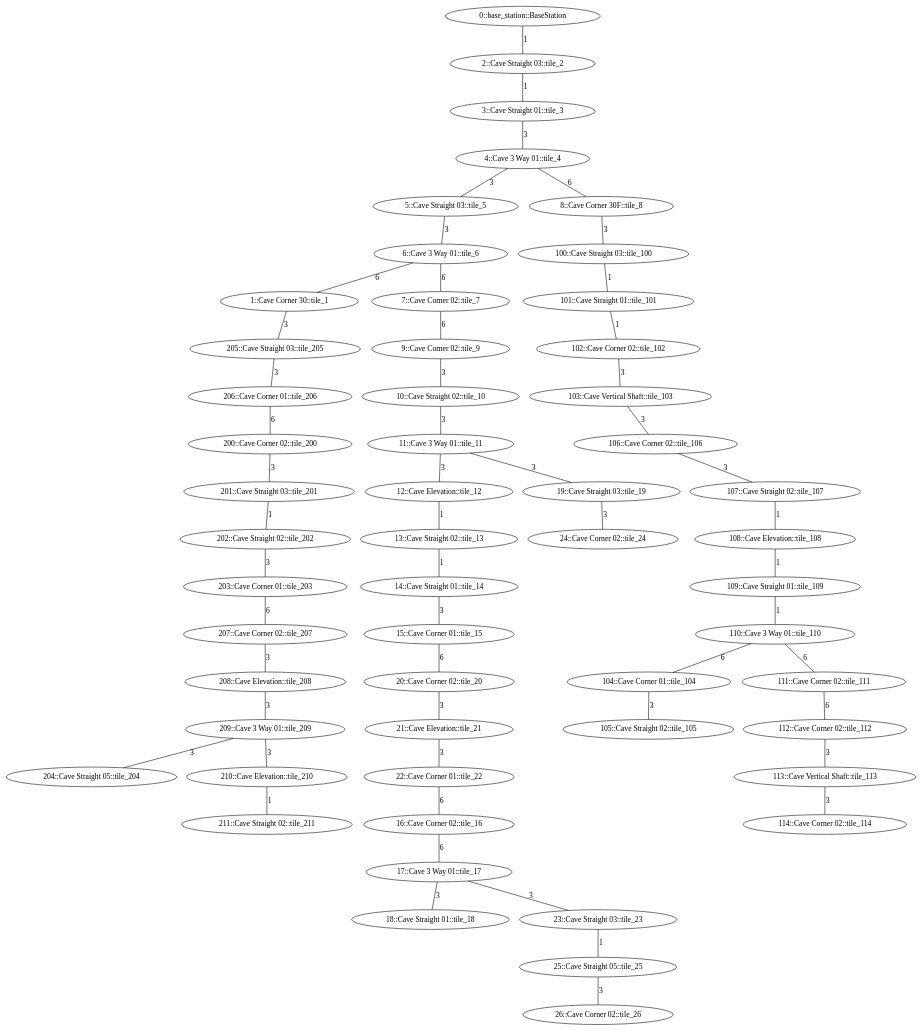
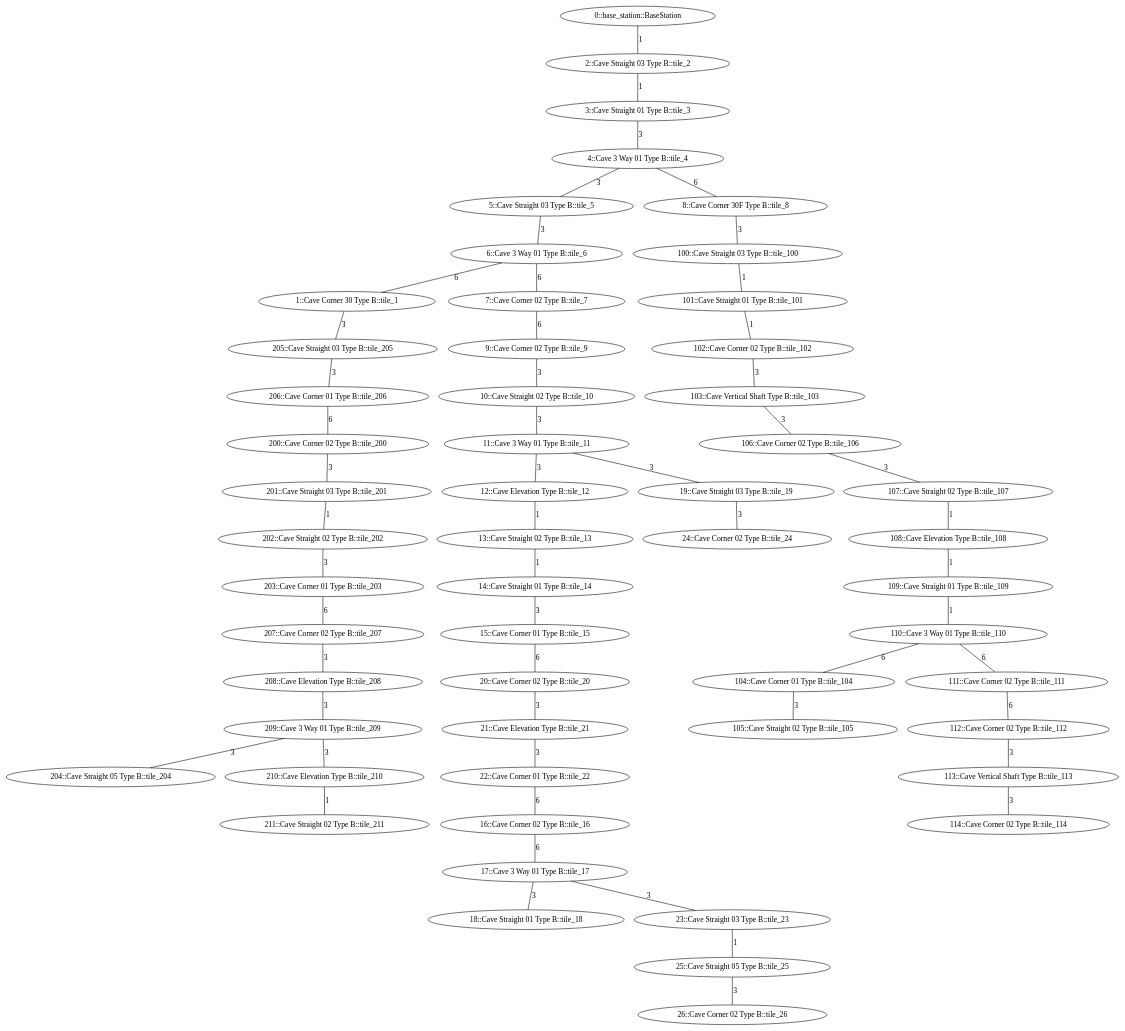
One commit to osrf/subt changed the diagram in subt_ign/worlds/simple_cave_03.dot. Above: the diagram before and after it, drawn with Graphviz. The commit also changed 17 other files, not shown here.

```diff
--- a/subt_ign/worlds/simple_cave_03.dot
+++ b/subt_ign/worlds/simple_cave_03.dot
@@ -1,127 +1,127 @@
 /* Visibility graph for simple_cave_03 */
 /* Generated with the generator.py script: */
 /*   __main__.py simple_cave_03.tsv -\-graph-file simple_cave_03.dot -\-world-file simple_cave_03.sdf -\-world-name simple_cave_03 -\-scale_x 25 -\-scale_y 25 -\-cave -\-y0 25 -\-x0 0 -\-z0 0 -\-level_type row_col -\-levels_buf 5 */
 
 graph {
   /* ==== Vertices ==== */
 
   /* Base station / Staging area */
   0   [label="0::base_station::BaseStation"];
 
-  1   [label="1::Cave Corner 30::tile_1"];
-  2   [label="2::Cave Straight 03::tile_2"];
-  3   [label="3::Cave Straight 01::tile_3"];
-  4   [label="4::Cave 3 Way 01::tile_4"];
-  5   [label="5::Cave Straight 03::tile_5"];
-  6   [label="6::Cave 3 Way 01::tile_6"];
-  7   [label="7::Cave Corner 02::tile_7"];
-  8   [label="8::Cave Corner 30F::tile_8"];
-  9   [label="9::Cave Corner 02::tile_9"];
-  10  [label="10::Cave Straight 02::tile_10"];
-  11  [label="11::Cave 3 Way 01::tile_11"];
-  12  [label="12::Cave Elevation::tile_12"];
-  13  [label="13::Cave Straight 02::tile_13"];
-  14  [label="14::Cave Straight 01::tile_14"];
-  15  [label="15::Cave Corner 01::tile_15"];
-  16  [label="16::Cave Corner 02::tile_16"];
-  17  [label="17::Cave 3 Way 01::tile_17"];
-  18  [label="18::Cave Straight 01::tile_18"];
-  19  [label="19::Cave Straight 03::tile_19"];
-  20  [label="20::Cave Corner 02::tile_20"];
-  21  [label="21::Cave Elevation::tile_21"];
-  22  [label="22::Cave Corner 01::tile_22"];
-  23  [label="23::Cave Straight 03::tile_23"];
-  24  [label="24::Cave Corner 02::tile_24"];
-  25  [label="25::Cave Straight 05::tile_25"];
-  26  [label="26::Cave Corner 02::tile_26"];
+  1   [label="1::Cave Corner 30 Type B::tile_1"];
+  2   [label="2::Cave Straight 03 Type B::tile_2"];
+  3   [label="3::Cave Straight 01 Type B::tile_3"];
+  4   [label="4::Cave 3 Way 01 Type B::tile_4"];
+  5   [label="5::Cave Straight 03 Type B::tile_5"];
+  6   [label="6::Cave 3 Way 01 Type B::tile_6"];
+  7   [label="7::Cave Corner 02 Type B::tile_7"];
+  8   [label="8::Cave Corner 30F Type B::tile_8"];
+  9   [label="9::Cave Corner 02 Type B::tile_9"];
+  10  [label="10::Cave Straight 02 Type B::tile_10"];
+  11  [label="11::Cave 3 Way 01 Type B::tile_11"];
+  12  [label="12::Cave Elevation Type B::tile_12"];
+  13  [label="13::Cave Straight 02 Type B::tile_13"];
+  14  [label="14::Cave Straight 01 Type B::tile_14"];
+  15  [label="15::Cave Corner 01 Type B::tile_15"];
+  16  [label="16::Cave Corner 02 Type B::tile_16"];
+  17  [label="17::Cave 3 Way 01 Type B::tile_17"];
+  18  [label="18::Cave Straight 01 Type B::tile_18"];
+  19  [label="19::Cave Straight 03 Type B::tile_19"];
+  20  [label="20::Cave Corner 02 Type B::tile_20"];
+  21  [label="21::Cave Elevation Type B::tile_21"];
+  22  [label="22::Cave Corner 01 Type B::tile_22"];
+  23  [label="23::Cave Straight 03 Type B::tile_23"];
+  24  [label="24::Cave Corner 02 Type B::tile_24"];
+  25  [label="25::Cave Straight 05 Type B::tile_25"];
+  26  [label="26::Cave Corner 02 Type B::tile_26"];
 
-  100   [label="100::Cave Straight 03::tile_100"];
-  101   [label="101::Cave Straight 01::tile_101"];
-  102   [label="102::Cave Corner 02::tile_102"];
-  103   [label="103::Cave Vertical Shaft::tile_103"];
-  104   [label="104::Cave Corner 01::tile_104"];
-  105   [label="105::Cave Straight 02::tile_105"];
-  106   [label="106::Cave Corner 02::tile_106"];
-  107   [label="107::Cave Straight 02::tile_107"];
-  108   [label="108::Cave Elevation::tile_108"];
-  109  [label="109::Cave Straight 01::tile_109"];
-  110  [label="110::Cave 3 Way 01::tile_110"];
-  111  [label="111::Cave Corner 02::tile_111"];
-  112  [label="112::Cave Corner 02::tile_112"];
-  113  [label="113::Cave Vertical Shaft::tile_113"];
-  114  [label="114::Cave Corner 02::tile_114"];
+  100   [label="100::Cave Straight 03 Type B::tile_100"];
+  101   [label="101::Cave Straight 01 Type B::tile_101"];
+  102   [label="102::Cave Corner 02 Type B::tile_102"];
+  103   [label="103::Cave Vertical Shaft Type B::tile_103"];
+  104   [label="104::Cave Corner 01 Type B::tile_104"];
+  105   [label="105::Cave Straight 02 Type B::tile_105"];
+  106   [label="106::Cave Corner 02 Type B::tile_106"];
+  107   [label="107::Cave Straight 02 Type B::tile_107"];
+  108   [label="108::Cave Elevation Type B::tile_108"];
+  109  [label="109::Cave Straight 01 Type B::tile_109"];
+  110  [label="110::Cave 3 Way 01 Type B::tile_110"];
+  111  [label="111::Cave Corner 02 Type B::tile_111"];
+  112  [label="112::Cave Corner 02 Type B::tile_112"];
+  113  [label="113::Cave Vertical Shaft Type B::tile_113"];
+  114  [label="114::Cave Corner 02 Type B::tile_114"];
 
-  200   [label="200::Cave Corner 02::tile_200"];
-  201   [label="201::Cave Straight 03::tile_201"];
-  202   [label="202::Cave Straight 02::tile_202"];
-  203   [label="203::Cave Corner 01::tile_203"];
-  204   [label="204::Cave Straight 05::tile_204"];
-  205   [label="205::Cave Straight 03::tile_205"];
-  206   [label="206::Cave Corner 01::tile_206"];
-  207   [label="207::Cave Corner 02::tile_207"];
-  208   [label="208::Cave Elevation::tile_208"];
-  209  [label="209::Cave 3 Way 01::tile_209"];
-  210  [label="210::Cave Elevation::tile_210"];
-  211  [label="211::Cave Straight 02::tile_211"];
+  200   [label="200::Cave Corner 02 Type B::tile_200"];
+  201   [label="201::Cave Straight 03 Type B::tile_201"];
+  202   [label="202::Cave Straight 02 Type B::tile_202"];
+  203   [label="203::Cave Corner 01 Type B::tile_203"];
+  204   [label="204::Cave Straight 05 Type B::tile_204"];
+  205   [label="205::Cave Straight 03 Type B::tile_205"];
+  206   [label="206::Cave Corner 01 Type B::tile_206"];
+  207   [label="207::Cave Corner 02 Type B::tile_207"];
+  208   [label="208::Cave Elevation Type B::tile_208"];
+  209  [label="209::Cave 3 Way 01 Type B::tile_209"];
+  210  [label="210::Cave Elevation Type B::tile_210"];
+  211  [label="211::Cave Straight 02 Type B::tile_211"];
 
 
   /* ==== Edges ==== */
 
   /* Base station */
   0  -- 2   [label=1];
   2  -- 3   [label=1];
   3  -- 4   [label=3];  /* Intersection */
   4  -- 5   [label=3];  /* Intersection */
   4  -- 8   [label=6];  /* Intersection */
   5  -- 6   [label=3];  /* Intersection */
   6  -- 7   [label=6];  /* Intersection */
   7  -- 9   [label=6];
   9  -- 10  [label=3];
   10 -- 11  [label=3];  /* Intersection */
   11 -- 12  [label=3];  /* Intersection */
   11 -- 19  [label=3];  /* Intersection */
   12 -- 13  [label=1];
   13 -- 14  [label=1];
   14 -- 15  [label=3];
   15 -- 20  [label=6];
   19 -- 24  [label=3];
   20 -- 21  [label=3];
   21 -- 22  [label=3];
   22 -- 16  [label=6];
   16 -- 17  [label=6];
   17 -- 18  [label=3];
   17 -- 23  [label=3];
   23 -- 25  [label=1];
   25 -- 26  [label=3];
 
   8  -- 100   [label=3];
   100  -- 101   [label=1];
   101  -- 102   [label=1];
   102  -- 103   [label=3];
   103  -- 106   [label=3];
   106  -- 107   [label=3];
   107  -- 108   [label=1];
   108  -- 109   [label=1];
   109  -- 110  [label=1];
   110 -- 111  [label=6];  /* Intersection */
   111 -- 112  [label=6];  /* Intersection */
   112 -- 113  [label=3];
   113 -- 114  [label=3];
   110 -- 104  [label=6];  /* Intersection */
   104 -- 105  [label=3];  /* Intersection */
 
   6  -- 1   [label=6];
   1  -- 205   [label=3];
   205  -- 206   [label=3];
   206  -- 200   [label=6];
   200  -- 201   [label=3];
   201  -- 202   [label=1];
   202  -- 203   [label=3];
   203  -- 207   [label=6];
   207  -- 208   [label=3];
   208  -- 209   [label=3];
   209  -- 204   [label=3];
   209  -- 210   [label=3];
   210  -- 211   [label=1];
 
 }
```
